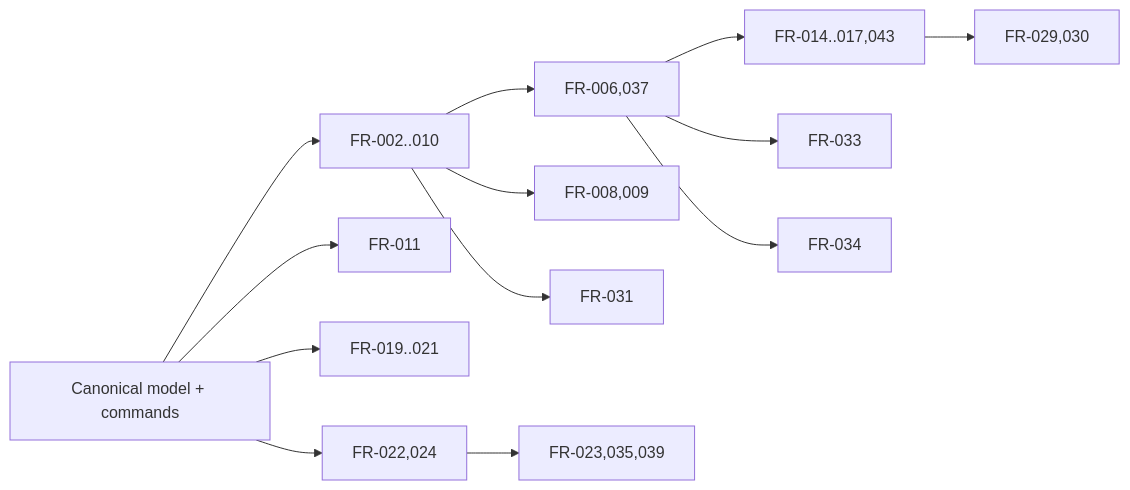
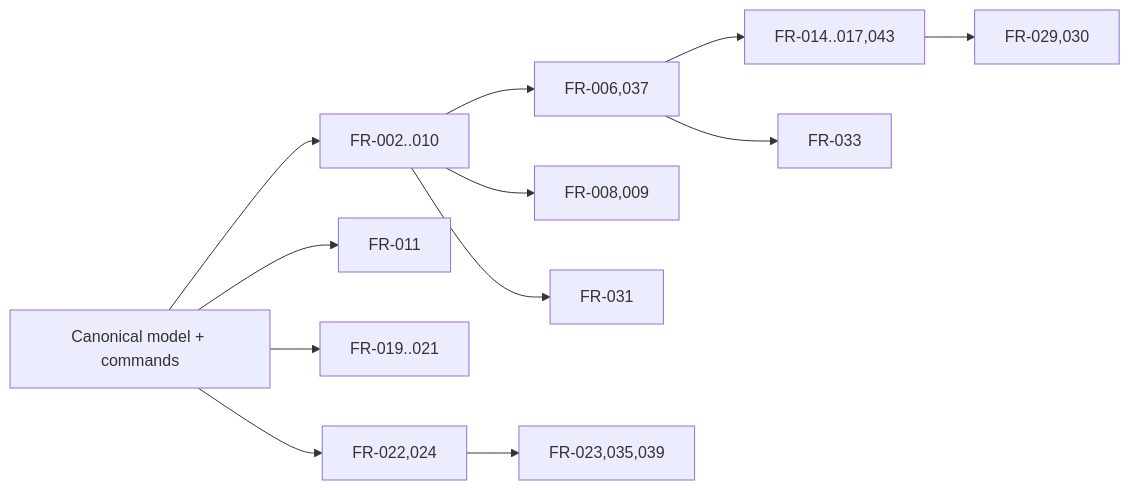
The diagram in docs/02-prd.md (raghvendrprajapat/Home-ai), drawn with Mermaid before and after one commit. The commit also changed other lines of this file and 15 other files, not shown here.

````diff
--- a/docs/02-prd.md
+++ b/docs/02-prd.md
@@ -122,15 +123,14 @@
 ```mermaid
 graph LR
   Model[Canonical model + commands] --> Walls[FR-002..010]
   Walls --> Rooms[FR-006,037]
   Walls --> Openings[FR-008,009]
   Model --> Undo[FR-011]
   Rooms --> Furniture[FR-014..017,043]
   Model --> ThreeD[FR-019..021]
   Model --> Save[FR-022,024]
   Save --> Cloud[FR-023,035,039]
   Furniture --> Billing[FR-029,030]
   Walls --> AIimport[FR-031]
   Rooms --> AIfurnish[FR-033]
-  Rooms --> Electrical[FR-034]
 ```
````
